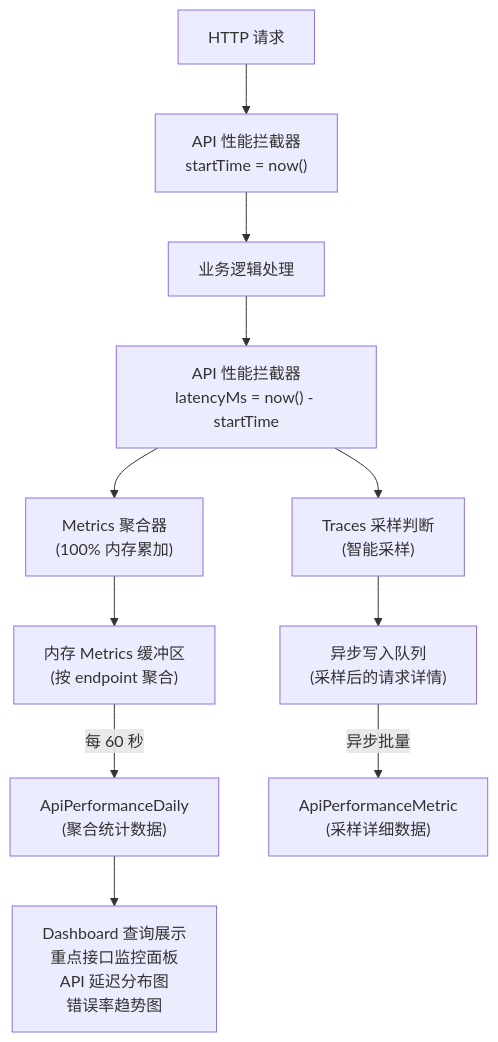
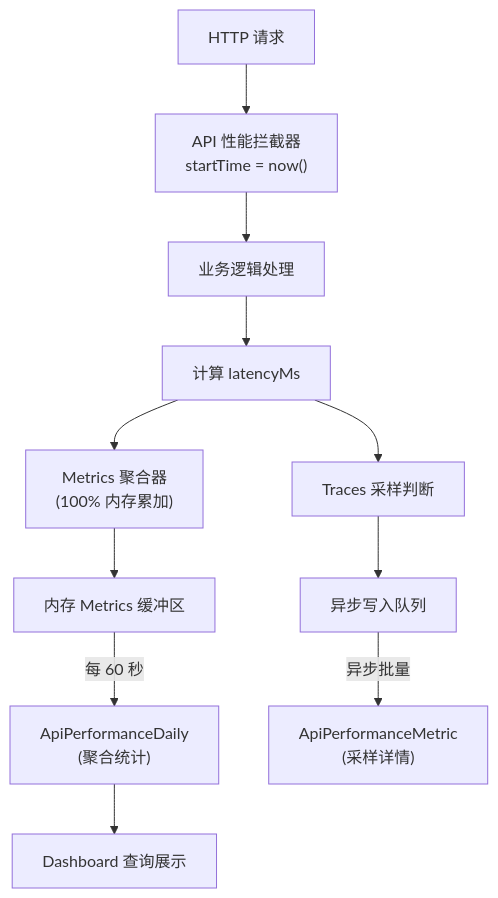
Before and after one commit to readmigo/docs: the sixth of 6 diagrams in 05-operations/monitoring/api-performance-collection.md, drawn with Mermaid. The commit also changed other lines of this file and 27 other files, not shown here.

First line of the commit message:
audit: remove code snippets, update to 2-env architecture across operations and pipeline docs

````diff
--- a/05-operations/monitoring/api-performance-collection.md
+++ b/05-operations/monitoring/api-performance-collection.md
@@ -291,13 +180,13 @@
 ```mermaid
 graph TD
     A["HTTP 请求"] --> B["API 性能拦截器<br>startTime = now()"]
     B --> C["业务逻辑处理"]
-    C --> D["API 性能拦截器<br>latencyMs = now() - startTime"]
+    C --> D["计算 latencyMs"]
     D --> E["Metrics 聚合器<br>(100% 内存累加)"]
-    D --> F["Traces 采样判断<br>(智能采样)"]
-    E --> G["内存 Metrics 缓冲区<br>(按 endpoint 聚合)"]
-    F --> H["异步写入队列<br>(采样后的请求详情)"]
-    G -->|"每 60 秒"| I["ApiPerformanceDaily<br>(聚合统计数据)"]
-    H -->|"异步批量"| J["ApiPerformanceMetric<br>(采样详细数据)"]
-    I --> K["Dashboard 查询展示<br>重点接口监控面板<br>API 延迟分布图<br>错误率趋势图"]
+    D --> F["Traces 采样判断"]
+    E --> G["内存 Metrics 缓冲区"]
+    F --> H["异步写入队列"]
+    G -->|"每 60 秒"| I["ApiPerformanceDaily<br>(聚合统计)"]
+    H -->|"异步批量"| J["ApiPerformanceMetric<br>(采样详情)"]
+    I --> K["Dashboard 查询展示"]
 ```
````
